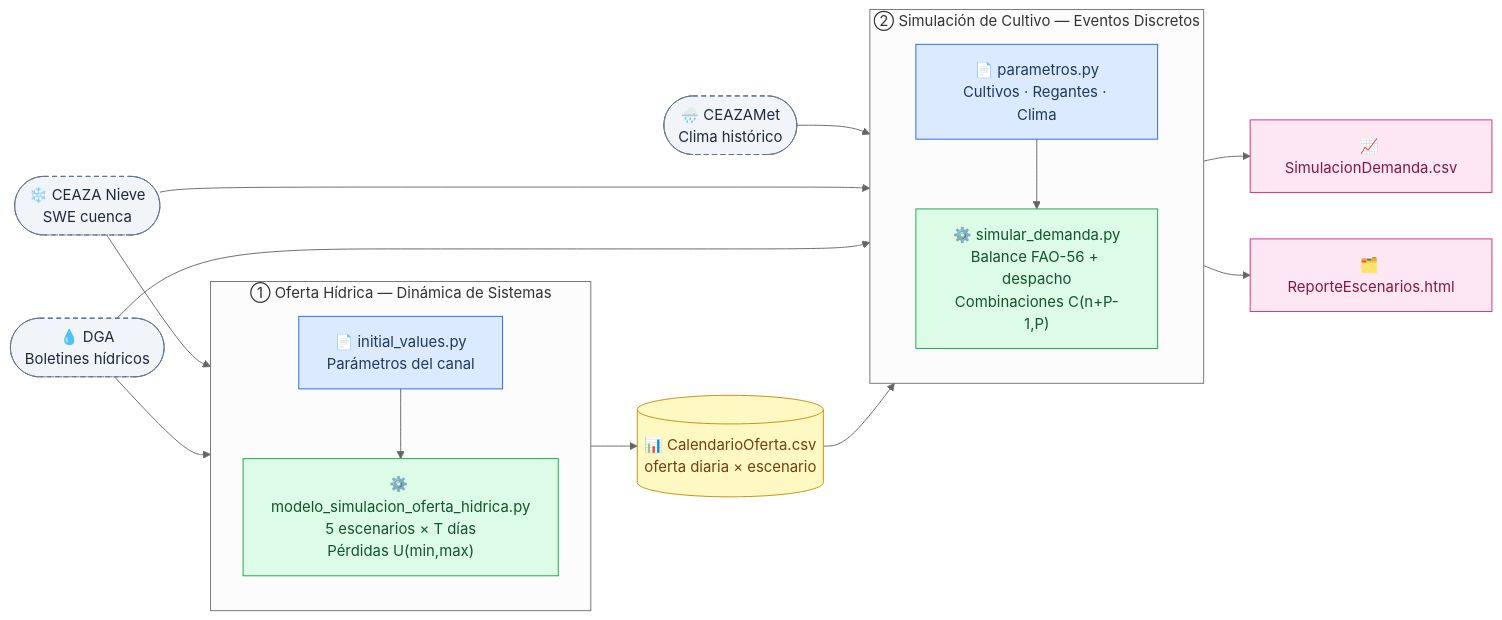
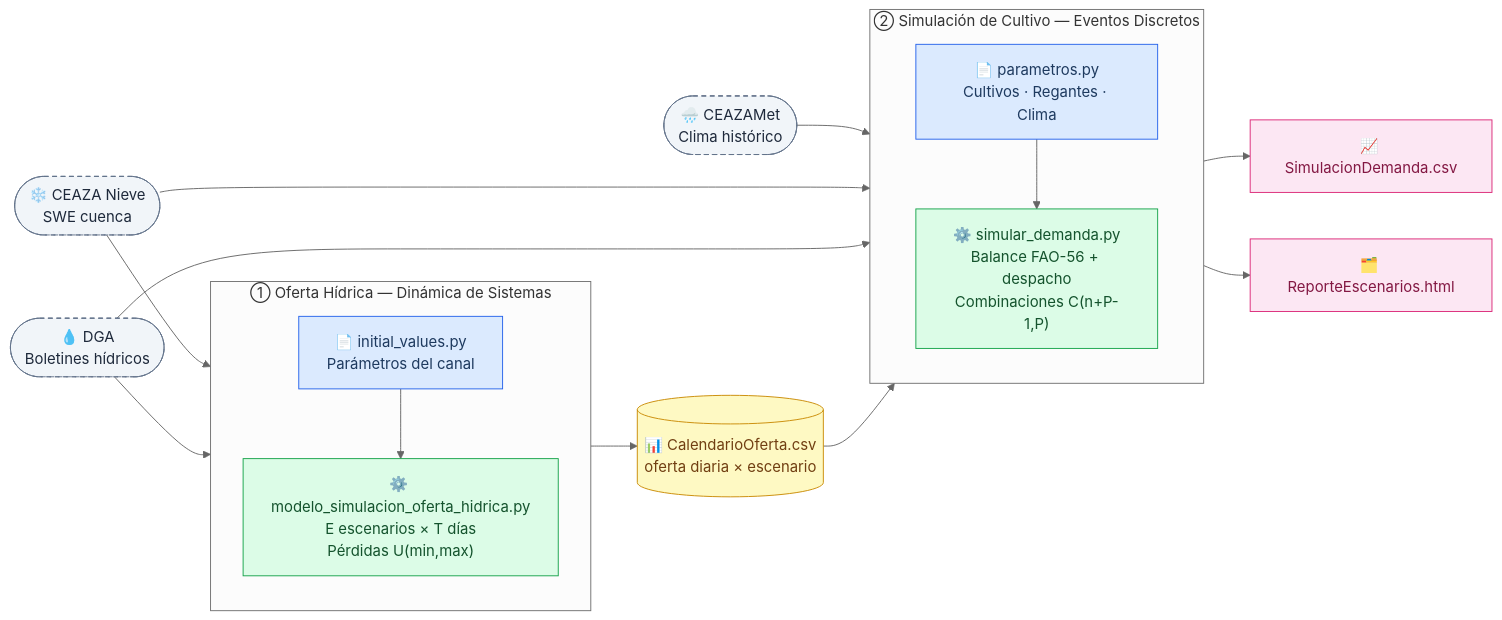
The first of 4 diagrams in README.md (toniesky/Simulaci-n-multiparadigma-cultivo), drawn with Mermaid (neutral theme) before and after one commit.

Commit message:
docs: diagrama §2 usa E escenarios en lugar de 5 escenarios

````diff
--- a/README.md
+++ b/README.md
@@ -49,44 +49,44 @@
 ```mermaid
 flowchart LR
     classDef ext    fill:#f1f5f9,stroke:#64748b,color:#1e293b,stroke-dasharray:5 4
     classDef param  fill:#dbeafe,stroke:#2563eb,color:#1e3a5f
     classDef engine fill:#dcfce7,stroke:#16a34a,color:#14532d
     classDef csv    fill:#fef9c3,stroke:#ca8a04,color:#713f12
     classDef out    fill:#fce7f3,stroke:#db2777,color:#831843
 
     %% Fuentes externas
     EXT1(["🌧️ CEAZAMet\nClima histórico"]):::ext
     EXT2(["❄️ CEAZA Nieve\nSWE cuenca"]):::ext
     EXT3(["💧 DGA\nBoletines hídricos"]):::ext
 
     %% Módulo 1
     subgraph M1["① Oferta Hídrica — Dinámica de Sistemas"]
         direction TB
         P1["📄 initial_values.py\nParámetros del canal"]:::param
-        SD["⚙️ modelo_simulacion_oferta_hidrica.py\n5 escenarios × T días\nPérdidas U(min,max)"]:::engine
+        SD["⚙️ modelo_simulacion_oferta_hidrica.py\nE escenarios × T días\nPérdidas U(min,max)"]:::engine
         P1 --> SD
     end
 
     %% Módulo 2
     subgraph M2["② Simulación de Cultivo — Eventos Discretos"]
         direction TB
         P2["📄 parametros.py\nCultivos · Regantes · Clima"]:::param
         DE["⚙️ simular_demanda.py\nBalance FAO-56 + despacho\nCombinaciones C(n+P-1,P)"]:::engine
         P2 --> DE
     end
 
     %% Archivo intermedio
     CSV[("📊 CalendarioOferta.csv\noferta diaria × escenario")]:::csv
 
     %% Salidas finales
     O1["📈 SimulacionDemanda.csv"]:::out
     O2["🗂️ ReporteEscenarios.html"]:::out
 
     %% Flujos
     EXT1 & EXT2 & EXT3 --> P2
     EXT2 & EXT3          --> P1
     SD  --> CSV
     CSV --> DE
     DE  --> O1
     DE  --> O2
 ```
````
